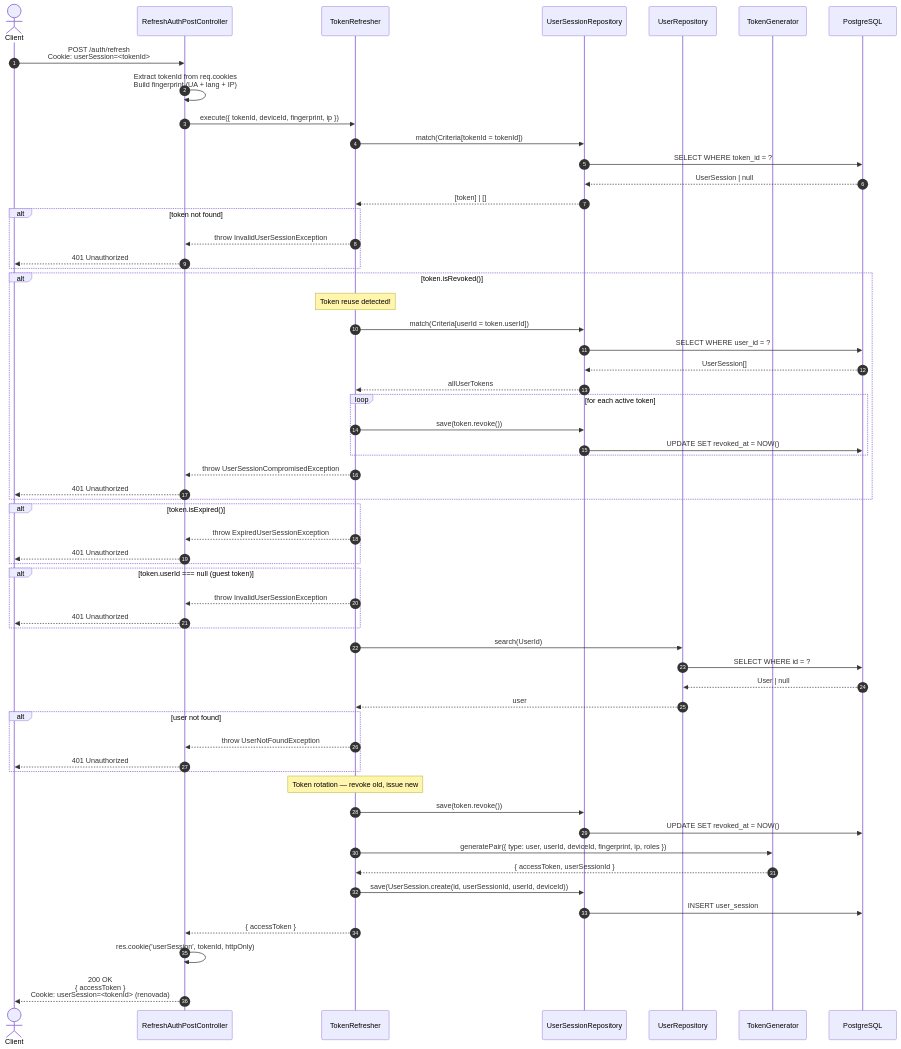
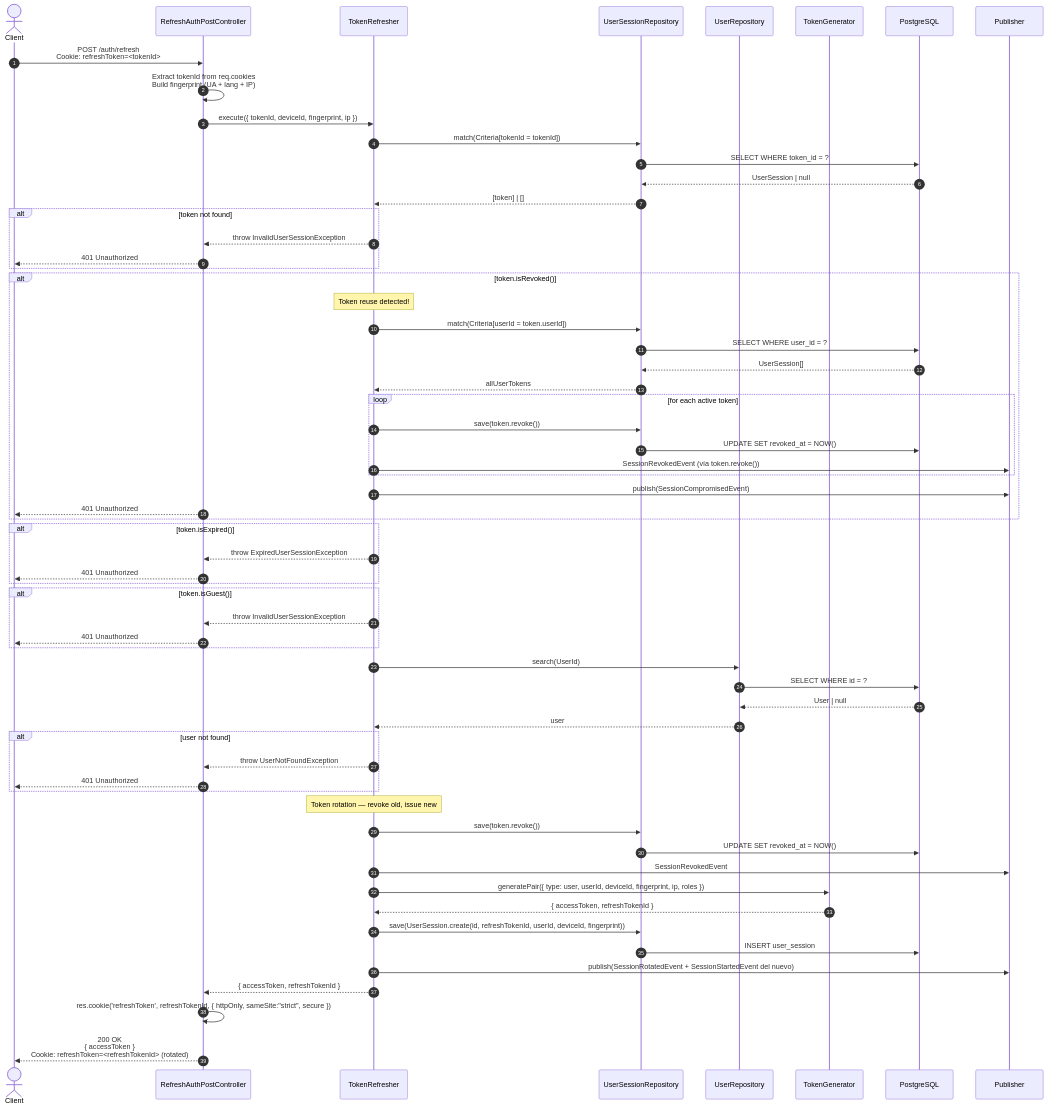
The diagram in docs/apps/api/identity/refresh/sequence.md (AbrahamVilchesDeLaCruz/ididntcatchthat), drawn with Mermaid before and after one commit. The commit also changed 17 other files, not shown here.

````diff
--- a/docs/apps/api/identity/refresh/sequence.md
+++ b/docs/apps/api/identity/refresh/sequence.md
@@ -16,7 +16,7 @@
     participant TokenSvc as TokenGenerator
     participant DB as PostgreSQL
 
-    Client->>Controller: POST /auth/refresh<br/>Cookie: userSession=<tokenId>
+    Client->>Controller: POST /auth/refresh<br/>Cookie: refreshToken=<tokenId>
 
     Controller->>Controller: Extract tokenId from req.cookies<br/>Build fingerprint (UA + lang + IP)
 
@@ -42,9 +42,10 @@
         loop for each active token
             UC->>RefreshRepo: save(token.revoke())
             RefreshRepo->>DB: UPDATE SET revoked_at = NOW()
+            UC->>Publisher: SessionRevokedEvent (vía token.revoke())
         end
 
-        UC-->>Controller: throw UserSessionCompromisedException
+        UC->>Publisher: publish(SessionCompromisedEvent)
         Controller-->>Client: 401 Unauthorized
     end
 
@@ -53,7 +54,7 @@
         Controller-->>Client: 401 Unauthorized
     end
 
-    alt token.userId === null (guest token)
+    alt token.isGuest()
         UC-->>Controller: throw InvalidUserSessionException
         Controller-->>Client: 401 Unauthorized
     end
@@ -72,15 +73,18 @@
 
     UC->>RefreshRepo: save(token.revoke())
     RefreshRepo->>DB: UPDATE SET revoked_at = NOW()
+    UC->>Publisher: SessionRevokedEvent
 
     UC->>TokenSvc: generatePair({ type: user, userId, deviceId, fingerprint, ip, roles })
-    TokenSvc-->>UC: { accessToken, userSessionId }
+    TokenSvc-->>UC: { accessToken, refreshTokenId }
 
-    UC->>RefreshRepo: save(UserSession.create(id, userSessionId, userId, deviceId))
+    UC->>RefreshRepo: save(UserSession.create(id, refreshTokenId, userId, deviceId, fingerprint))
     RefreshRepo->>DB: INSERT user_session
 
-    UC-->>Controller: { accessToken }
+    UC->>Publisher: publish(SessionRotatedEvent + SessionStartedEvent del nuevo)
 
-    Controller->>Controller: res.cookie('userSession', tokenId, httpOnly)
-    Controller-->>Client: 200 OK<br/>{ accessToken }<br/>Cookie: userSession=<tokenId> (renovada)
+    UC-->>Controller: { accessToken, refreshTokenId }
+
+    Controller->>Controller: res.cookie('refreshToken', refreshTokenId, { httpOnly, sameSite:"strict", secure })
+    Controller-->>Client: 200 OK<br/>{ accessToken }<br/>Cookie: refreshToken=<refreshTokenId> (rotated)
 ```
````
